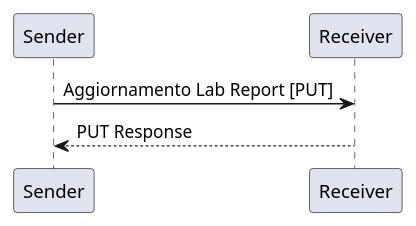
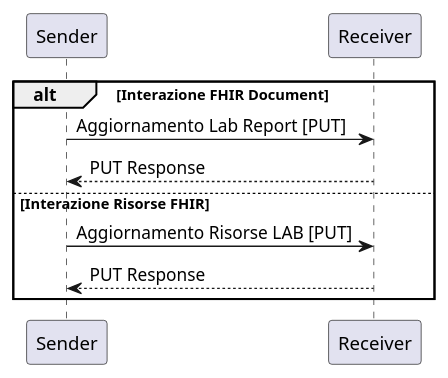
One commit to hl7-it/lab-report changed the diagram in input/images-source/aggiornamento.plantuml. Above: the diagram before and after it, drawn with PlantUML. The commit also changed 41 other files, not shown here.

```diff
--- a/input/images-source/aggiornamento.plantuml
+++ b/input/images-source/aggiornamento.plantuml
@@ -1,4 +1,9 @@
 @startuml
+alt Interazione FHIR Document
 Sender -> Receiver: Aggiornamento Lab Report [PUT]
 Receiver --> Sender: PUT Response
+else Interazione Risorse FHIR
+Sender -> Receiver: Aggiornamento Risorse LAB [PUT]
+Receiver --> Sender: PUT Response
+end
 @enduml
```
